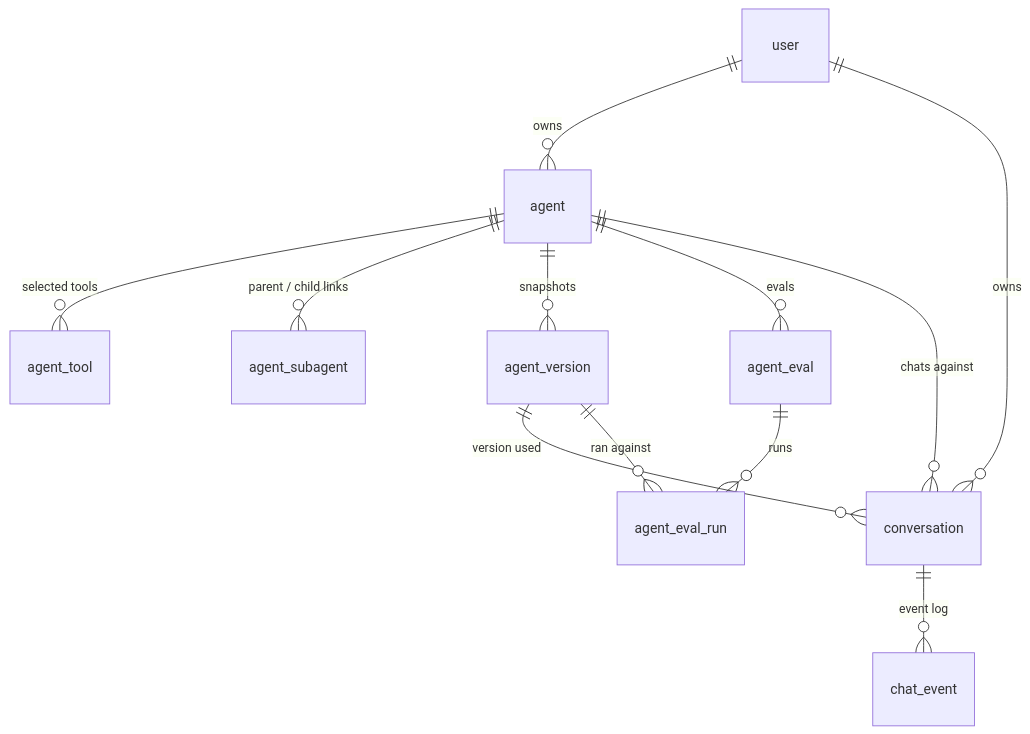
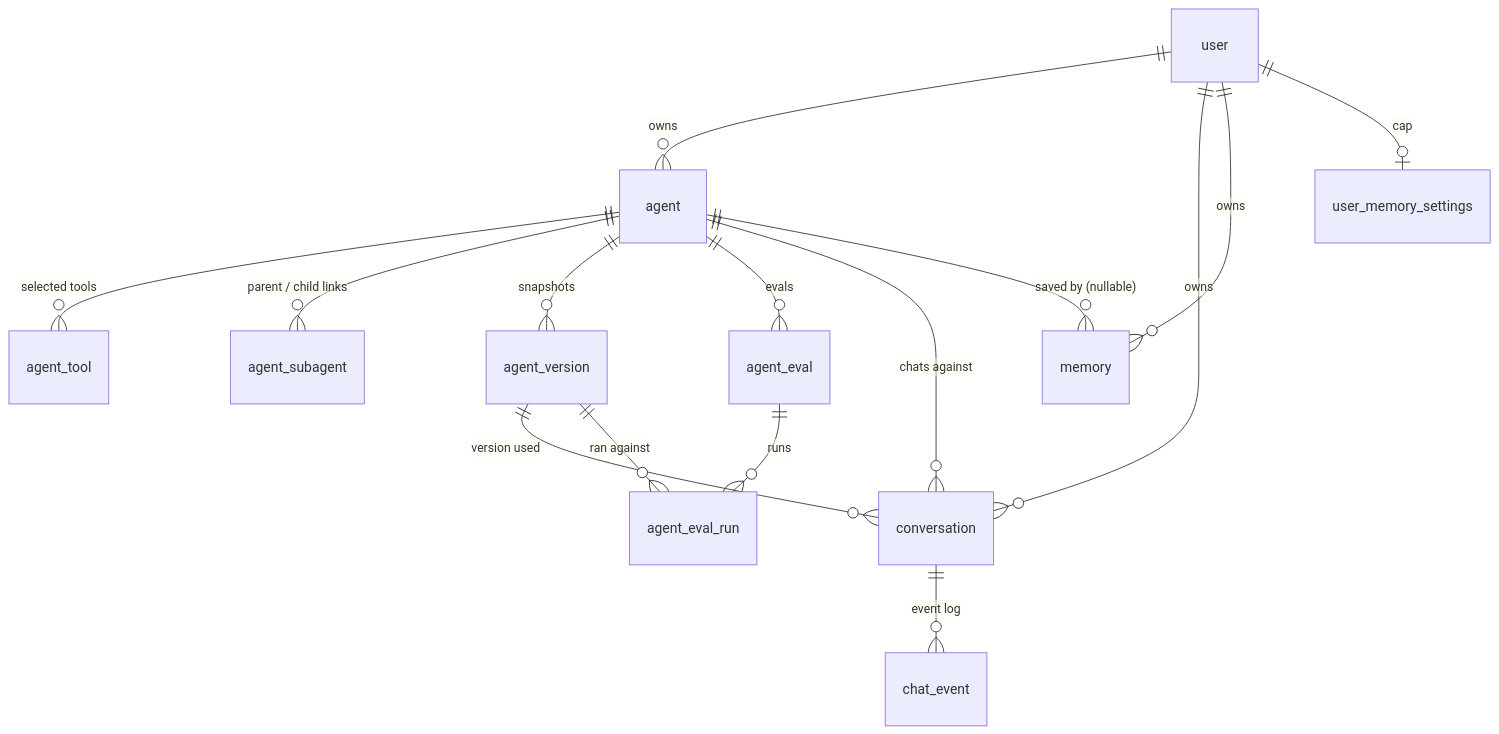
The fifth of 5 diagrams in ARCHITECTURE.md (jimmy-guzman/comal.dev), drawn with Mermaid before and after one commit. The commit also changed other lines of this file and 28 other files, not shown here.

Commit message:
feat: ✨ add persistent user memory (#177)

````diff
--- a/ARCHITECTURE.md
+++ b/ARCHITECTURE.md
@@ -94,14 +101,17 @@
 ```mermaid
 erDiagram
   user ||--o{ agent : owns
   user ||--o{ conversation : owns
+  user ||--o{ memory : owns
+  user ||--o| user_memory_settings : cap
   agent ||--o{ agent_tool : "selected tools"
   agent ||--o{ agent_subagent : "parent / child links"
   agent ||--o{ agent_version : snapshots
   agent ||--o{ agent_eval : evals
   agent ||--o{ conversation : "chats against"
+  agent ||--o{ memory : "saved by (nullable)"
   agent_version ||--o{ conversation : "version used"
   agent_eval ||--o{ agent_eval_run : runs
   agent_version ||--o{ agent_eval_run : "ran against"
   conversation ||--o{ chat_event : "event log"
 ```
````
